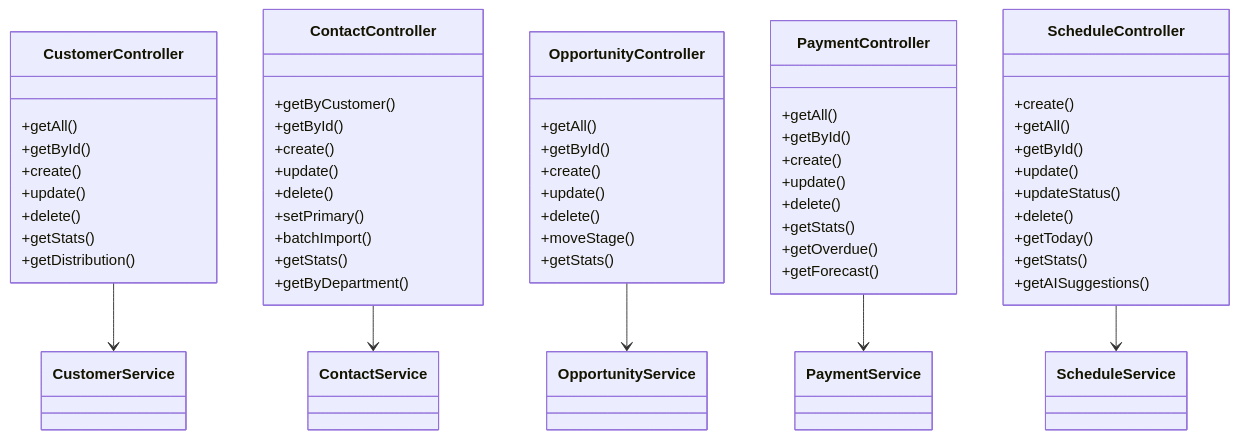
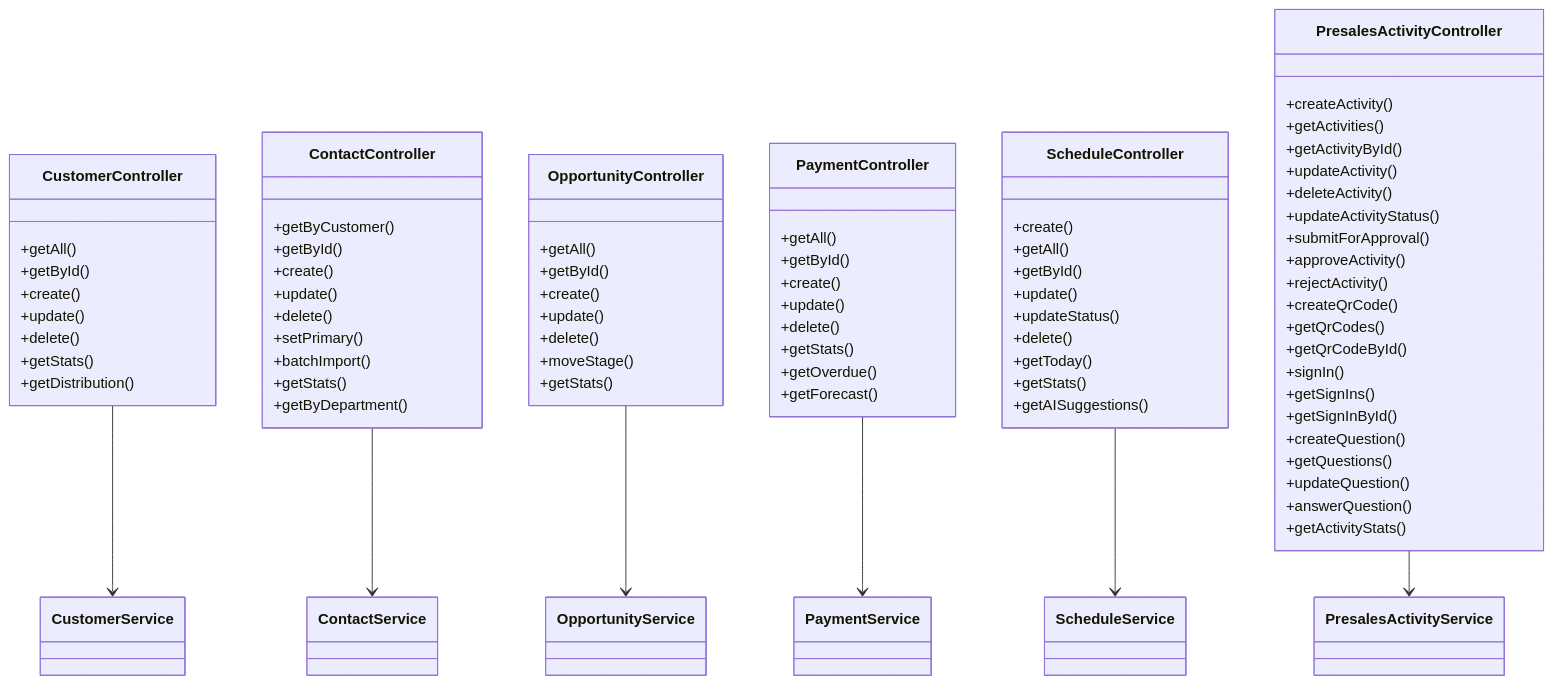
Diagram 19 of 20 in .qoder/repowiki/zh/content/Database Schema.md (xianjianshenqu/SalesFlow-CRM), drawn with Mermaid before and after one commit. The commit also changed other lines of this file and 5 other files, not shown here.

````diff
--- a/.qoder/repowiki/zh/content/Database Schema.md
+++ b/.qoder/repowiki/zh/content/Database Schema.md
@@ -612,58 +794,81 @@
 ```mermaid
 classDiagram
 class CustomerController {
 +getAll()
 +getById()
 +create()
 +update()
 +delete()
 +getStats()
 +getDistribution()
 }
 class ContactController {
 +getByCustomer()
 +getById()
 +create()
 +update()
 +delete()
 +setPrimary()
 +batchImport()
 +getStats()
 +getByDepartment()
 }
 class OpportunityController {
 +getAll()
 +getById()
 +create()
 +update()
 +delete()
 +moveStage()
 +getStats()
 }
 class PaymentController {
 +getAll()
 +getById()
 +create()
 +update()
 +delete()
 +getStats()
 +getOverdue()
 +getForecast()
 }
 class ScheduleController {
 +create()
 +getAll()
 +getById()
 +update()
 +updateStatus()
 +delete()
 +getToday()
 +getStats()
 +getAISuggestions()
 }
+class PresalesActivityController {
++createActivity()
++getActivities()
++getActivityById()
++updateActivity()
++deleteActivity()
++updateActivityStatus()
++submitForApproval()
++approveActivity()
++rejectActivity()
++createQrCode()
++getQrCodes()
++getQrCodeById()
++signIn()
++getSignIns()
++getSignInById()
++createQuestion()
++getQuestions()
++updateQuestion()
++answerQuestion()
++getActivityStats()
+}
 CustomerController --> CustomerService
 ContactController --> ContactService
 OpportunityController --> OpportunityService
 PaymentController --> PaymentService
 ScheduleController --> ScheduleService
+PresalesActivityController --> PresalesActivityService
 ```
````
